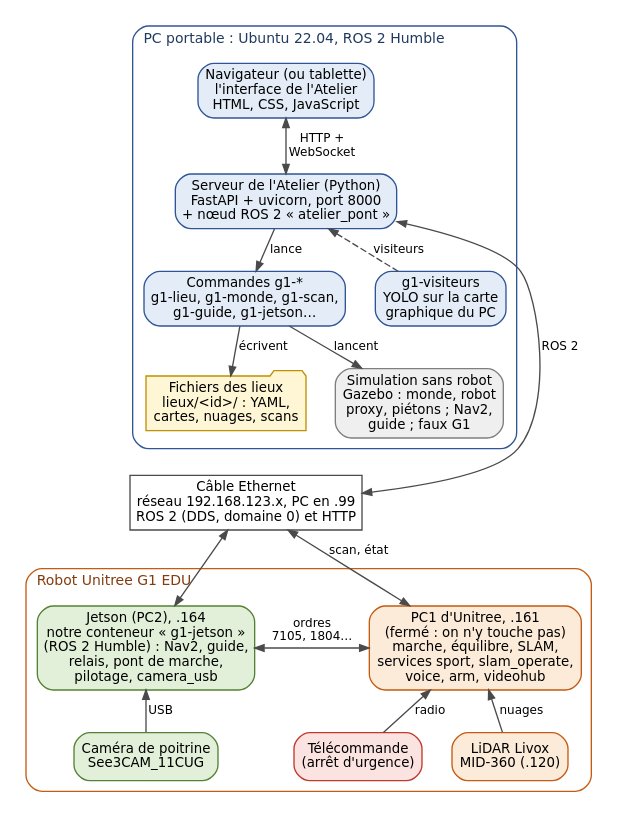
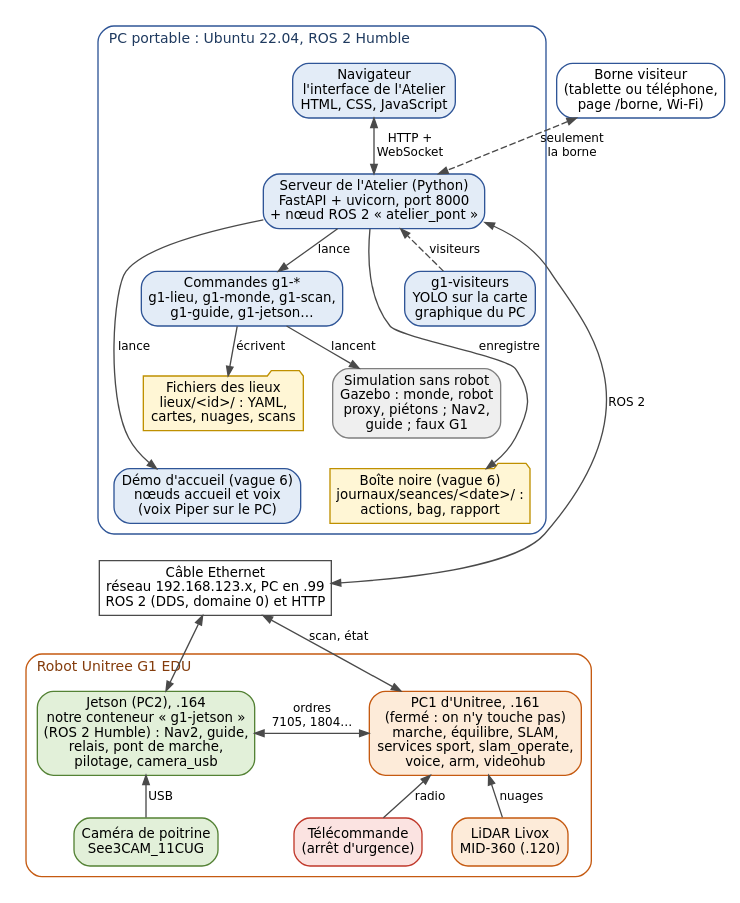
The diagram in docs/word/sources/logiciel/schemas/vue_ensemble.dot (Toyer719/UnitreeG1edu_ESME), drawn with Graphviz before and after one commit. The commit also changed 30 other files, not shown here.

```diff
--- a/docs/word/sources/logiciel/schemas/vue_ensemble.dot
+++ b/docs/word/sources/logiciel/schemas/vue_ensemble.dot
@@ -1,46 +1,56 @@
 // Vue d'ensemble : qui tourne où (chapitre 2)
 digraph vue_ensemble {
   graph [fontname="DejaVu Sans", fontsize=10.5, rankdir=TB, nodesep=0.3, ranksep=0.3, newrank=true];
   node  [fontname="DejaVu Sans", fontsize=10, shape=box, style="rounded,filled", fillcolor="#E3ECF7", color="#2F5597", margin="0.10,0.05"];
   edge  [fontname="DejaVu Sans", fontsize=9, color="#4A4A4A", arrowsize=0.7];
 
   subgraph cluster_pc {
     label="PC portable : Ubuntu 22.04, ROS 2 Humble"; labeljust=l; style="rounded"; color="#2F5597"; fontcolor="#1F3A5F";
-    navigateur [label="Navigateur (ou tablette)\nl'interface de l'Atelier\nHTML, CSS, JavaScript"];
+    navigateur [label="Navigateur\nl'interface de l'Atelier\nHTML, CSS, JavaScript"];
     serveur [label="Serveur de l'Atelier (Python)\nFastAPI + uvicorn, port 8000\n+ nœud ROS 2 « atelier_pont »"];
     commandes [label="Commandes g1-*\ng1-lieu, g1-monde, g1-scan,\ng1-guide, g1-jetson…"];
     visiteurs [label="g1-visiteurs\nYOLO sur la carte\ngraphique du PC"];
     lieux [label="Fichiers des lieux\nlieux/<id>/ : YAML,\ncartes, nuages, scans", shape=folder, fillcolor="#FFF6D5", color="#BF9000"];
     simu [label="Simulation sans robot\nGazebo : monde, robot\nproxy, piétons ; Nav2,\nguide ; faux G1", fillcolor="#EFEFEF", color="#7F7F7F"];
+    demo [label="Démo d'accueil (vague 6)\nnœuds accueil et voix\n(voix Piper sur le PC)"];
+    seances [label="Boîte noire (vague 6)\njournaux/seances/<date>/ :\nactions, bag, rapport", shape=folder, fillcolor="#FFF6D5", color="#BF9000"];
   }
+
+  borne [label="Borne visiteur\n(tablette ou téléphone,\npage /borne, Wi-Fi)", fillcolor="#FFFFFF", color="#2F5597"];
 
   cable [label="Câble Ethernet\nréseau 192.168.123.x, PC en .99\nROS 2 (DDS, domaine 0) et HTTP", shape=box, style="filled", fillcolor="#FFFFFF", color="#4A4A4A"];
 
   subgraph cluster_robot {
     label="Robot Unitree G1 EDU"; labeljust=l; style="rounded"; color="#C55A11"; fontcolor="#843C0C";
     conteneur [label="Jetson (PC2), .164\nnotre conteneur « g1-jetson »\n(ROS 2 Humble) : Nav2, guide,\nrelais, pont de marche,\npilotage, camera_usb", fillcolor="#E2F0D9", color="#548235"];
     pc1 [label="PC1 d'Unitree, .161\n(fermé : on n'y touche pas)\nmarche, équilibre, SLAM,\nservices sport, slam_operate,\nvoice, arm, videohub", fillcolor="#FDEBD9", color="#C55A11"];
     camera [label="Caméra de poitrine\nSee3CAM_11CUG", fillcolor="#E2F0D9", color="#548235"];
     lidar [label="LiDAR Livox\nMID-360 (.120)", fillcolor="#FDEBD9", color="#C55A11"];
     tele [label="Télécommande\n(arrêt d'urgence)", fillcolor="#FBE3E1", color="#C0392B"];
   }
 
   navigateur -> serveur [label=" HTTP +\n WebSocket", dir=both];
+  borne -> serveur [label=" seulement\n la borne", dir=both, style=dashed];
+  serveur -> demo [label=" lance"];
+  serveur -> seances [label=" enregistre"];
   serveur -> commandes [label=" lance"];
   visiteurs -> serveur [style=dashed, label=" visiteurs"];
   commandes -> lieux [label=" écrivent"];
   commandes -> simu [label=" lancent"];
-  lieux -> cable [style=invis];
-  simu -> cable [style=invis];
+  demo -> cable [style=invis];
+  seances -> cable [style=invis];
   serveur -> cable [dir=both, constraint=false, label=" ROS 2"];
   cable -> conteneur [dir=both];
   cable -> pc1 [dir=both, label=" scan, état"];
   conteneur -> pc1 [label="ordres\n7105, 1804…", dir=both];
   conteneur -> camera [label=" USB", dir=back];
   pc1 -> lidar [label=" nuages", dir=back];
   pc1 -> tele [label=" radio", dir=back];
   {rank=same; commandes; visiteurs}
+  {rank=same; navigateur; borne}
   {rank=same; lieux; simu}
+  {rank=same; demo; seances}
+  lieux -> demo [style=invis]; simu -> seances [style=invis];
   {rank=same; conteneur; pc1}
   {rank=same; camera; lidar; tele}
 }
```
